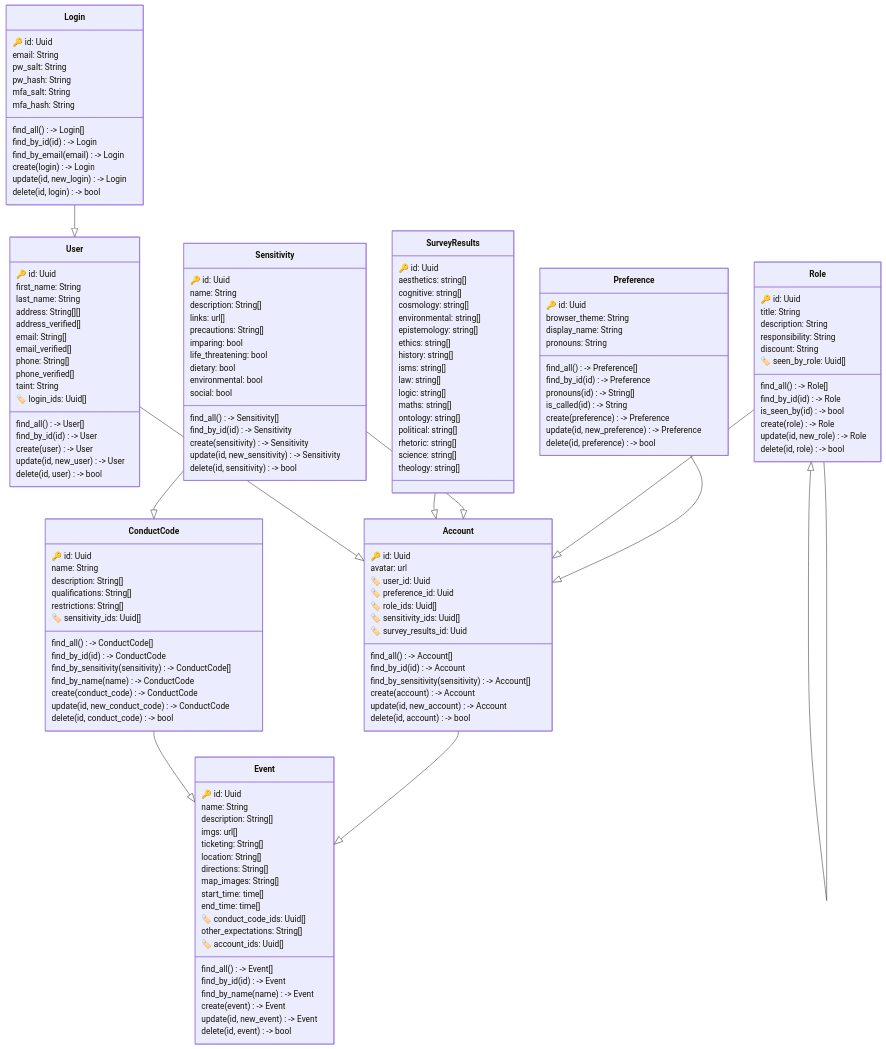
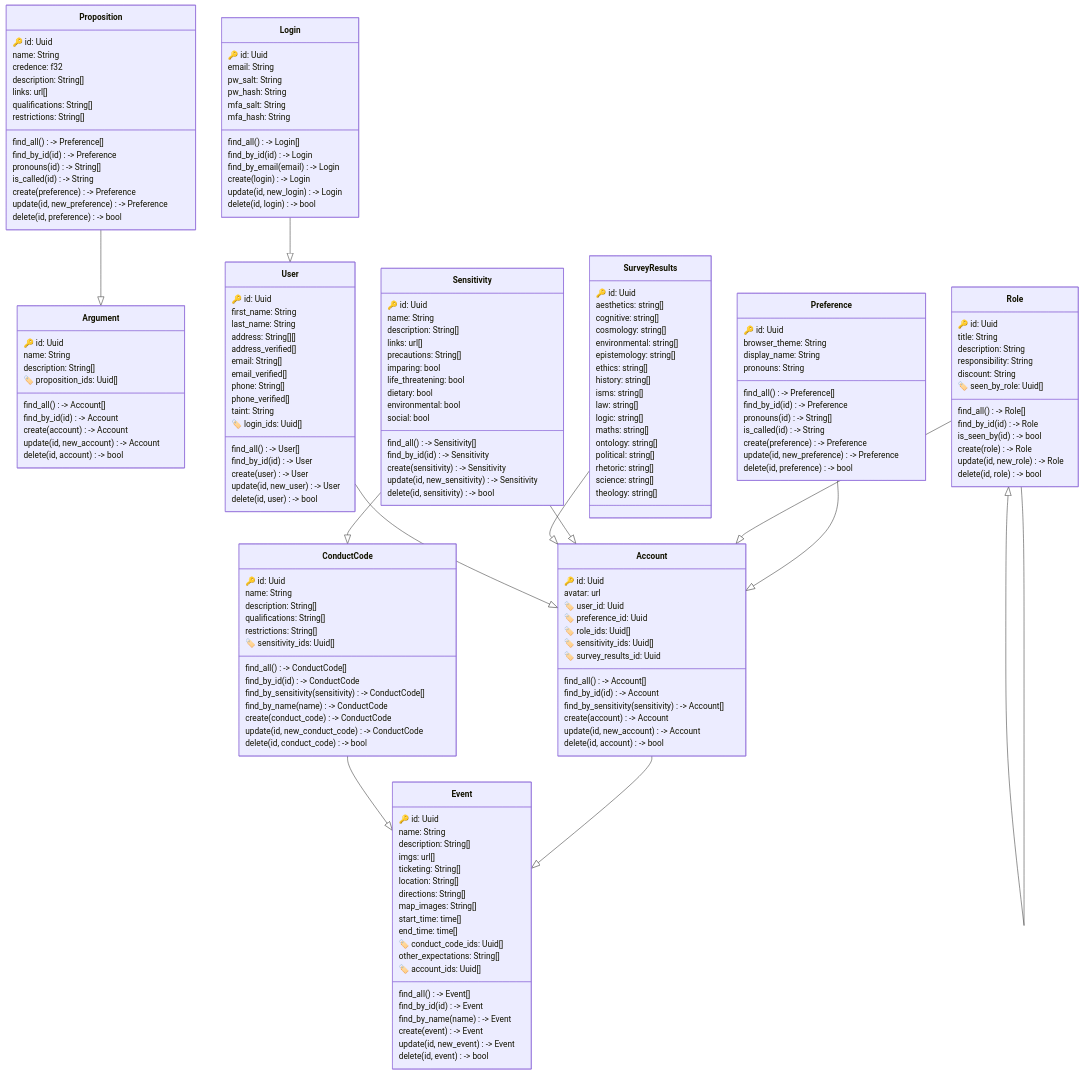
Before and after one commit to danielclough/wtf: the diagram in SCHEMA.md, drawn with Mermaid. The commit also changed 35 other files, not shown here.

```diff
--- a/SCHEMA.md
+++ b/SCHEMA.md
@@ -20,6 +20,18 @@
         delete(id, account) -> bool
     }
     Account --|> Event
+
+    class Argument{
+        🔑 id: Uuid
+        name: String
+        description: String[]
+        🏷️ proposition_ids: Uuid[]
+        find_all() -> Account[]
+        find_by_id(id) -> Account
+        create(account) -> Account
+        update(id, new_account) -> Account
+        delete(id, account) -> bool
+    }
 
     class ConductCode{
         🔑 id: Uuid
@@ -90,6 +102,24 @@
         delete(id, preference) -> bool
     }
     Preference --|> Account
+
+    class Proposition{
+        🔑 id: Uuid
+        name: String
+        credence: f32
+        description: String[]
+        links: url[]
+        qualifications: String[]
+        restrictions: String[]
+        find_all() -> Preference[]
+        find_by_id(id) -> Preference
+        pronouns(id) -> String[]
+        is_called(id) -> String
+        create(preference) -> Preference
+        update(id, new_preference) -> Preference
+        delete(id, preference) -> bool
+    }
+    Proposition --|> Argument
 
     class Role{
         🔑 id: Uuid
```
